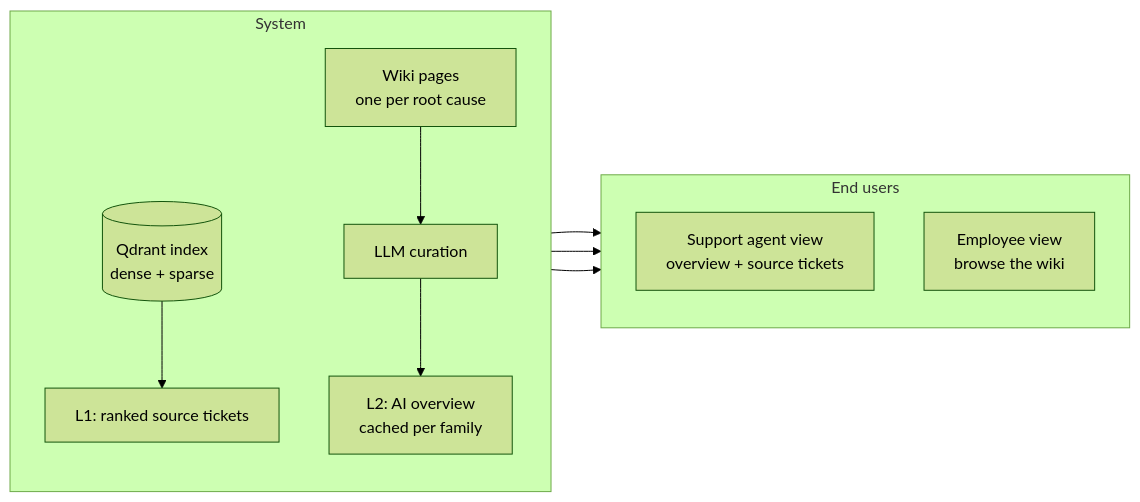
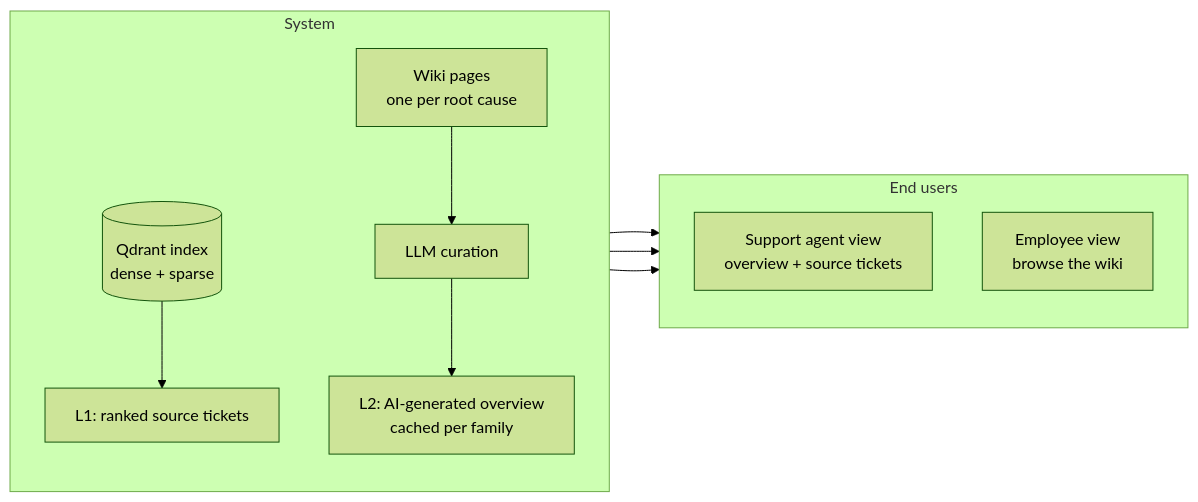
One commit to ameau01/itsm-knowledge-rag changed the first of 5 diagrams in ARCHITECTURE.md. Above: the diagram before and after it, drawn with Mermaid (forest theme). The commit also changed other lines of this file and 13 other files, not shown here.

````diff
--- a/ARCHITECTURE.md
+++ b/ARCHITECTURE.md
@@ -12,19 +12,19 @@
 ```mermaid
 flowchart LR
     subgraph SYS["System"]
         direction TB
         IDX[("Qdrant index<br/>dense + sparse")] --> L1["L1: ranked source tickets"]
         WIKI["Wiki pages<br/>one per root cause"] --> LLM["LLM curation"]
-        LLM --> AO["L2: AI overview<br/>cached per family"]
+        LLM --> AO["L2: AI-generated overview<br/>cached per family"]
     end
 
     subgraph USERS["End users"]
         direction TB
         SUP["Support agent view<br/>overview + source tickets"]
         EMP["Employee view<br/>browse the wiki"]
     end
 
     AO --> SUP
     L1 --> SUP
     WIKI --> EMP
 ```
````
